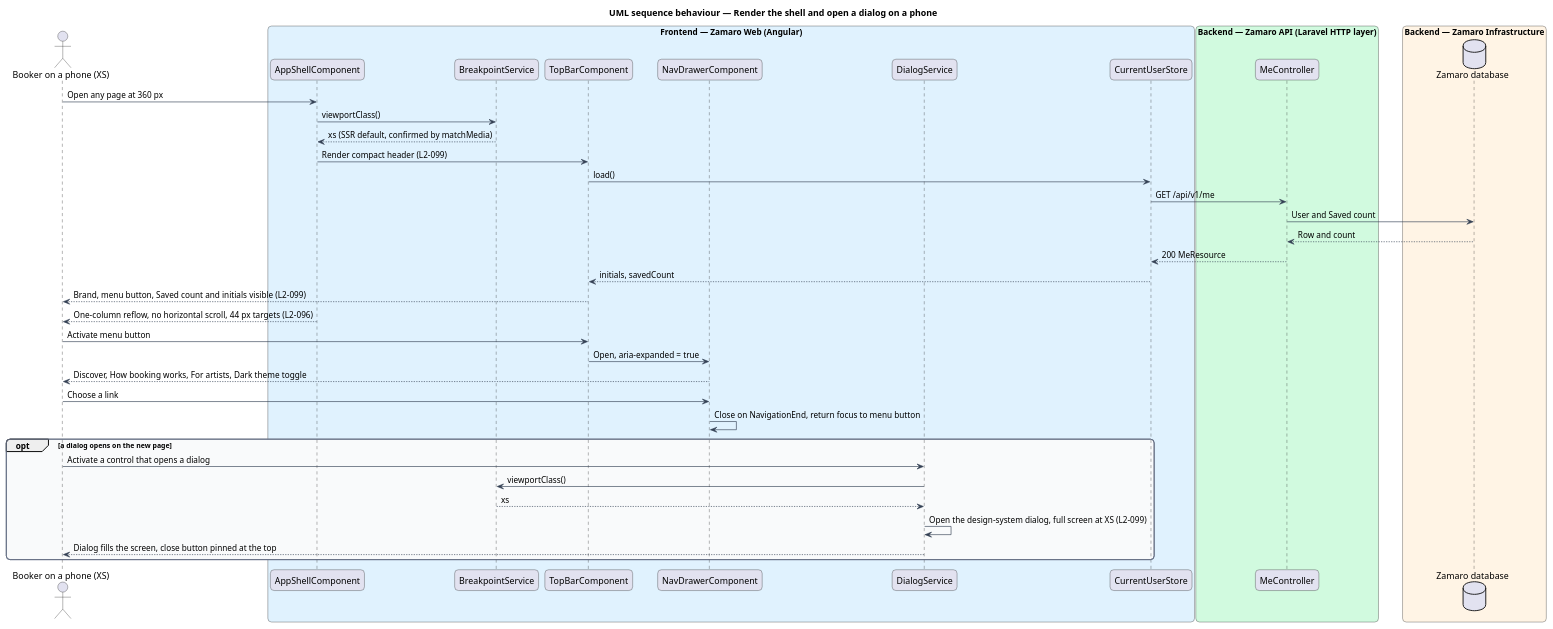
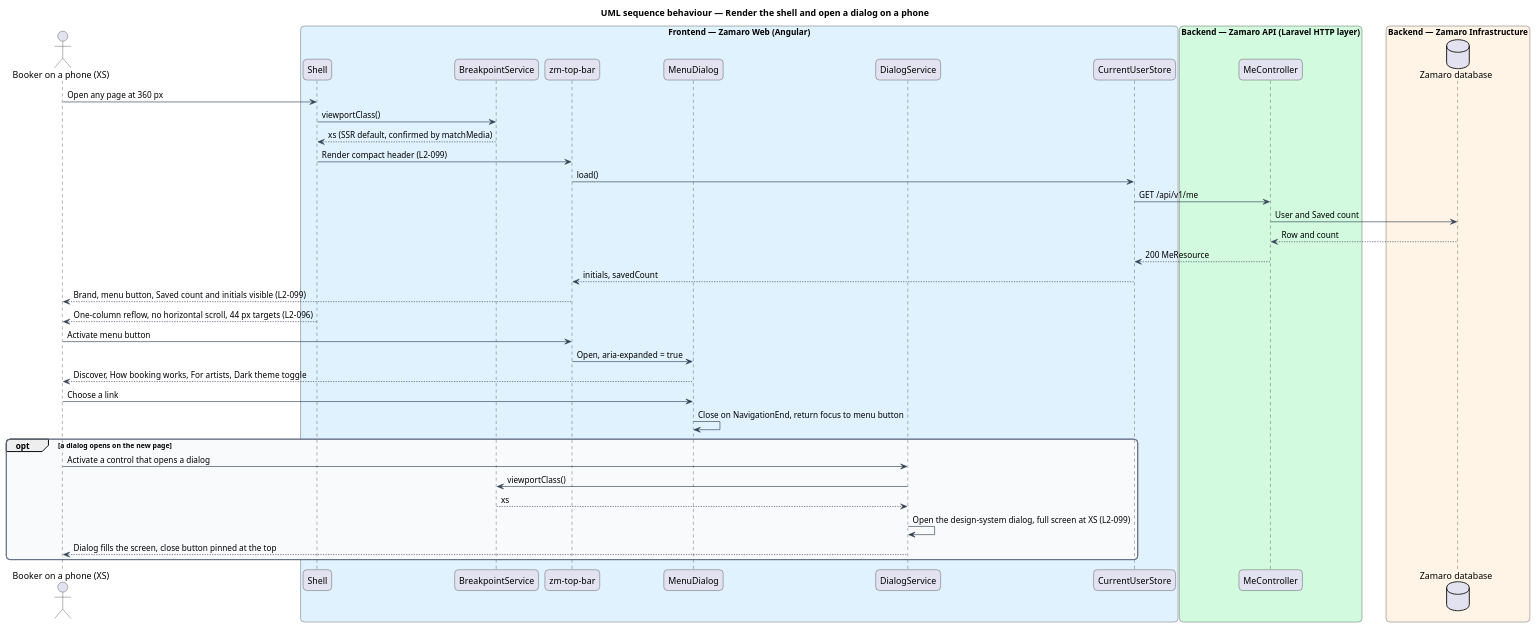
One commit to QuinntyneBrown/zamaro changed the diagram in docs/detailed-designs/user-experience/adapt-layout-to-screens/diagrams/sequence-small-screen-shell.puml. Above: the diagram before and after it, drawn with PlantUML. The commit also changed 43 other files, not shown here.

```diff
--- a/docs/detailed-designs/user-experience/adapt-layout-to-screens/diagrams/sequence-small-screen-shell.puml
+++ b/docs/detailed-designs/user-experience/adapt-layout-to-screens/diagrams/sequence-small-screen-shell.puml
@@ -1,57 +1,57 @@
 @startuml
 title UML sequence behaviour — Render the shell and open a dialog on a phone
 skinparam backgroundColor #FFFFFF
 skinparam shadowing false
 skinparam roundcorner 12
 skinparam defaultFontName Arial
 skinparam ArrowColor #344054
 skinparam rectangle {
   BorderColor #344054
   FontColor #101828
 }
 skinparam package {
   BorderColor #667085
   FontColor #101828
   BackgroundColor #F9FAFB
 }
 actor "Booker on a phone (XS)" as actor
 box "Frontend — Zamaro Web (Angular)" #E0F2FE
-  participant "AppShellComponent" as shell
+  participant "Shell" as shell
   participant "BreakpointService" as bp
-  participant "TopBarComponent" as topbar
-  participant "NavDrawerComponent" as drawer
+  participant "zm-top-bar" as topbar
+  participant "MenuDialog" as drawer
   participant "DialogService" as dialogs
   participant "CurrentUserStore" as users
 end box
 box "Backend — Zamaro API (Laravel HTTP layer)" #D1FADF
   participant "MeController" as me
 end box
 box "Backend — Zamaro Infrastructure" #FFF4E5
   database "Zamaro database" as db
 end box
 
 actor -> shell : Open any page at 360 px
 shell -> bp : viewportClass()
 bp --> shell : xs (SSR default, confirmed by matchMedia)
 shell -> topbar : Render compact header (L2-099)
 topbar -> users : load()
 users -> me : GET /api/v1/me
 me -> db : User and Saved count
 db --> me : Row and count
 me --> users : 200 MeResource
 users --> topbar : initials, savedCount
 topbar --> actor : Brand, menu button, Saved count and initials visible (L2-099)
 shell --> actor : One-column reflow, no horizontal scroll, 44 px targets (L2-096)
 actor -> topbar : Activate menu button
 topbar -> drawer : Open, aria-expanded = true
 drawer --> actor : Discover, How booking works, For artists, Dark theme toggle
 actor -> drawer : Choose a link
 drawer -> drawer : Close on NavigationEnd, return focus to menu button
 opt a dialog opens on the new page
   actor -> dialogs : Activate a control that opens a dialog
   dialogs -> bp : viewportClass()
   bp --> dialogs : xs
   dialogs -> dialogs : Open the design-system dialog, full screen at XS (L2-099)
   dialogs --> actor : Dialog fills the screen, close button pinned at the top
 end
 @enduml
```
